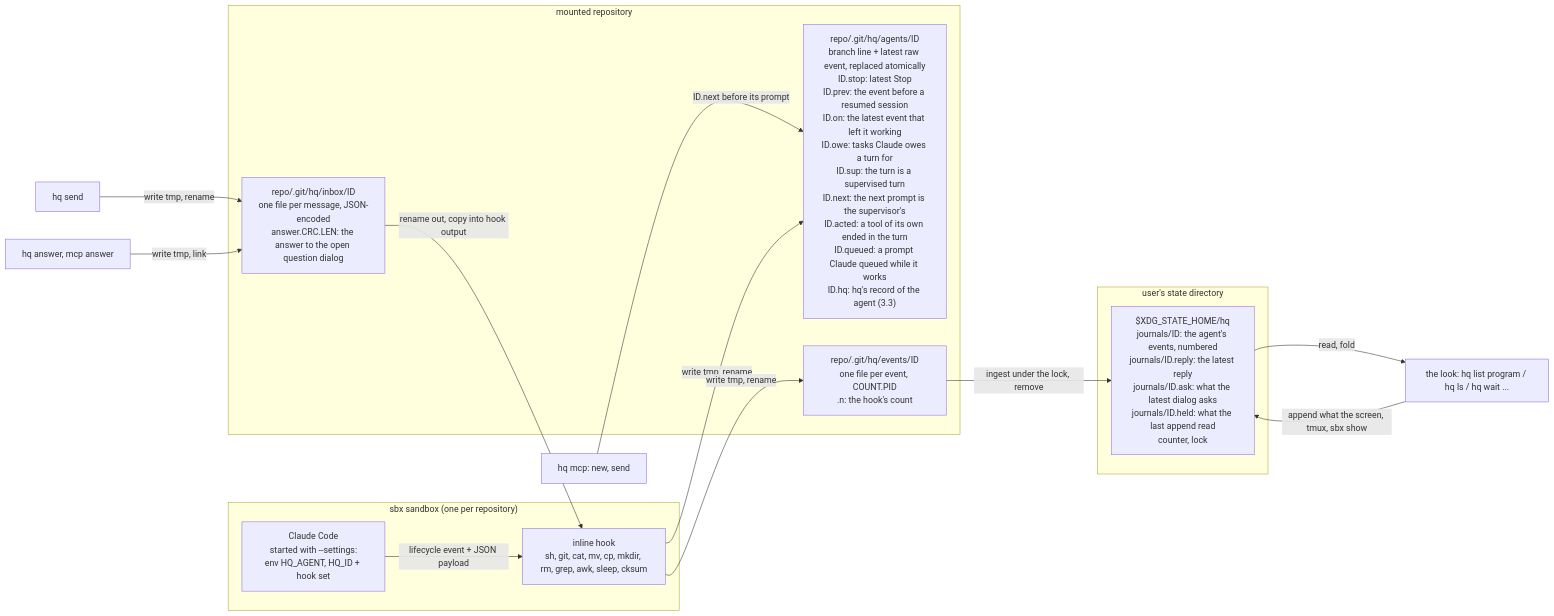
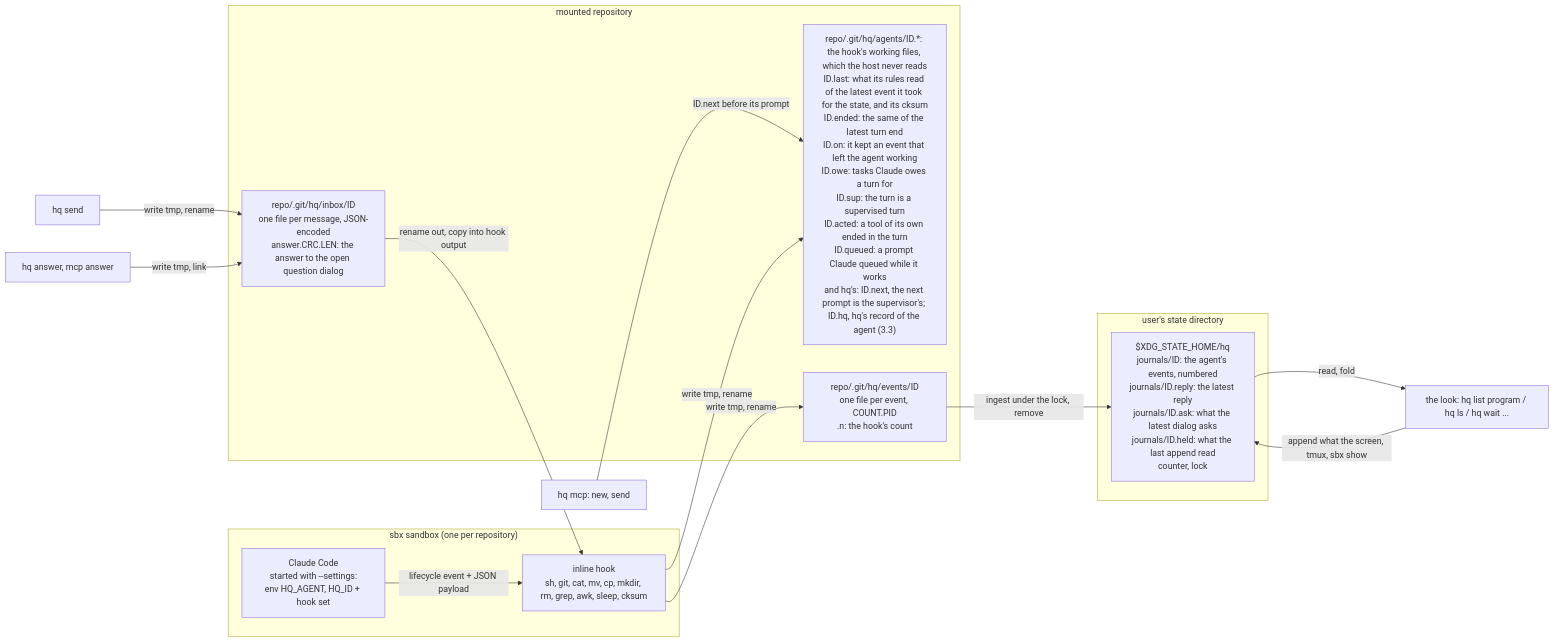
Before and after one commit to rkrysinski/hq: the second of 4 diagrams in docs/design/hq.md, drawn with Mermaid. The commit also changed other lines of this file, not shown here.

First line of the commit message:
Describe the journal as the host's only source in the design

````diff
--- a/docs/design/hq.md
+++ b/docs/design/hq.md
@@ -88,25 +88,25 @@
 ```mermaid
 flowchart LR
     subgraph SB["sbx sandbox (one per repository)"]
         C["Claude Code<br/>started with --settings:<br/>env HQ_AGENT, HQ_ID + hook set"]
         K["inline hook<br/>sh, git, cat, mv, cp, mkdir, rm, grep, awk, sleep, cksum"]
         C -- "lifecycle event + JSON payload" --> K
     end
     subgraph RP["mounted repository"]
-        F["repo/.git/hq/agents/ID<br/>branch line + latest raw event, replaced atomically<br/>ID.stop: latest Stop<br/>ID.prev: the event before a resumed session<br/>ID.on: the latest event that left it working<br/>ID.owe: tasks Claude owes a turn for<br/>ID.sup: the turn is a supervised turn<br/>ID.next: the next prompt is the supervisor's<br/>ID.acted: a tool of its own ended in the turn<br/>ID.queued: a prompt Claude queued while it works<br/>ID.hq: hq's record of the agent (3.3)"]
+        F["repo/.git/hq/agents/ID.*: the hook's working files, which the host never reads<br/>ID.last: what its rules read of the latest event it took for the state, and its cksum<br/>ID.ended: the same of the latest turn end<br/>ID.on: it kept an event that left the agent working<br/>ID.owe: tasks Claude owes a turn for<br/>ID.sup: the turn is a supervised turn<br/>ID.acted: a tool of its own ended in the turn<br/>ID.queued: a prompt Claude queued while it works<br/>and hq's: ID.next, the next prompt is the supervisor's; ID.hq, hq's record of the agent (3.3)"]
         I["repo/.git/hq/inbox/ID<br/>one file per message, JSON-encoded<br/>answer.CRC.LEN: the answer to the open question dialog"]
         E["repo/.git/hq/events/ID<br/>one file per event, COUNT.PID<br/>.n: the hook's count"]
     end
     subgraph ST["user's state directory"]
         J["$XDG_STATE_HOME/hq<br/>journals/ID: the agent's events, numbered<br/>journals/ID.reply: the latest reply<br/>journals/ID.ask: what the latest dialog asks<br/>journals/ID.held: what the last append read<br/>counter, lock"]
     end
     K -- "write tmp, rename" --> F
     K -- "write tmp, rename" --> E
     E -- "ingest under the lock, remove" --> J
     J -- "read, fold" --> LP["the look: hq list program / hq ls / hq wait ..."]
     LP -- "append what the screen, tmux, sbx show" --> J
     SEND["hq send"] -- "write tmp, rename" --> I
     I -- "rename out, copy into hook output" --> K
     MCP["hq mcp: new, send"] -- "ID.next before its prompt" --> F
     ANS["hq answer, mcp answer"] -- "write tmp, link" --> I
 ```
````
